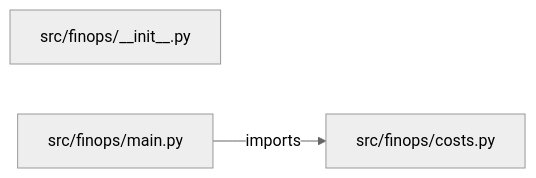
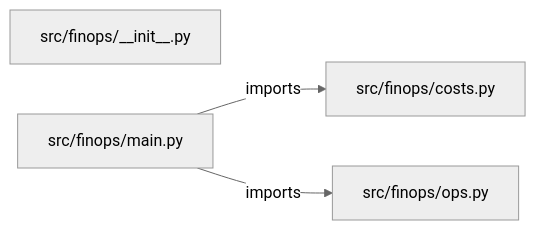
Before and after one commit to iarsingh/cloud-cost-finops-platform: the diagram in PROJECT_ARCHITECTURE.md, drawn with Mermaid (neutral theme). The commit also changed other lines of this file and 2 other files, not shown here.

Commit message:
Refresh architecture and interview guides from current implementation

````diff
--- a/PROJECT_ARCHITECTURE.md
+++ b/PROJECT_ARCHITECTURE.md
@@ -13,7 +13,9 @@
 ```mermaid
 flowchart LR
     M0["src/finops/__init__.py"]
     M1["src/finops/costs.py"]
     M2["src/finops/main.py"]
+    M3["src/finops/ops.py"]
     M2 -->|imports| M1
+    M2 -->|imports| M3
 ```
````
